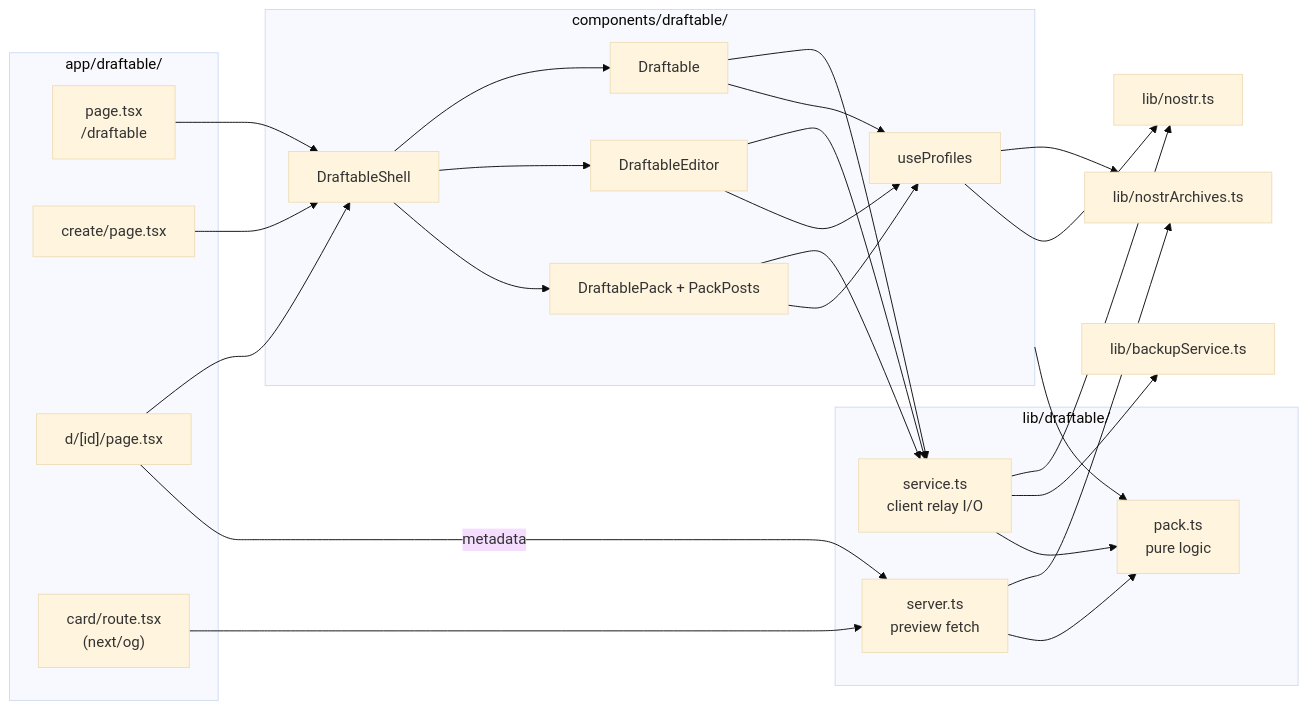
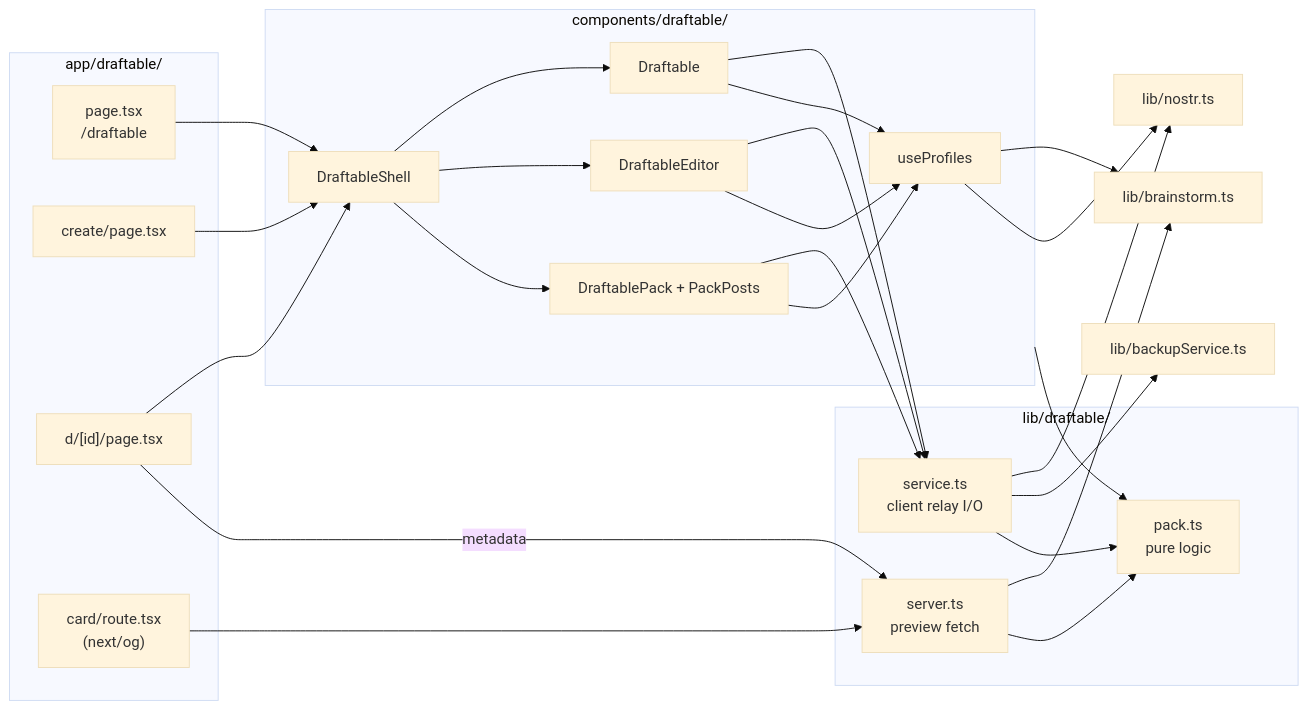
The diagram in docs/draftable-handoff.md (dmnyc/mutable), drawn with Mermaid (base theme) before and after one commit. The commit also changed other lines of this file and 24 other files, not shown here.

First line of the commit message:
Replace Nostr Archives with Brainstorm and Primal, plus Dossier mobile fixes (v2.5.0) (#89)

````diff
--- a/docs/draftable-handoff.md
+++ b/docs/draftable-handoff.md
@@ -56,50 +56,50 @@
 ```mermaid
 flowchart LR
   subgraph Routes["app/draftable/"]
     browse["page.tsx<br/>/draftable"]
     create["create/page.tsx"]
     packpage["d/[id]/page.tsx"]
     card["card/route.tsx<br/>(next/og)"]
   end
 
   subgraph UI["components/draftable/"]
     shell["DraftableShell"]
     list["Draftable"]
     editor["DraftableEditor"]
     detail["DraftablePack + PackPosts"]
     profiles["useProfiles"]
   end
 
   subgraph Lib["lib/draftable/"]
     service["service.ts<br/>client relay I/O"]
     server["server.ts<br/>preview fetch"]
     pack["pack.ts<br/>pure logic"]
   end
 
   nostr["lib/nostr.ts"]
   backups["lib/backupService.ts"]
-  archives["lib/nostrArchives.ts"]
+  brainstorm["lib/brainstorm.ts"]
 
   browse --> shell --> list
   create --> shell
   shell --> editor
   packpage --> shell
   shell --> detail
   packpage -- metadata --> server
   card --> server
 
   list --> service
   editor --> service
   detail --> service
   list & editor & detail --> profiles
 
   service --> nostr
   service --> backups
-  profiles --> archives
+  profiles --> brainstorm
   profiles --> nostr
-  server --> archives
+  server --> brainstorm
 
   service --> pack
   server --> pack
   UI --> pack
 ```
````
